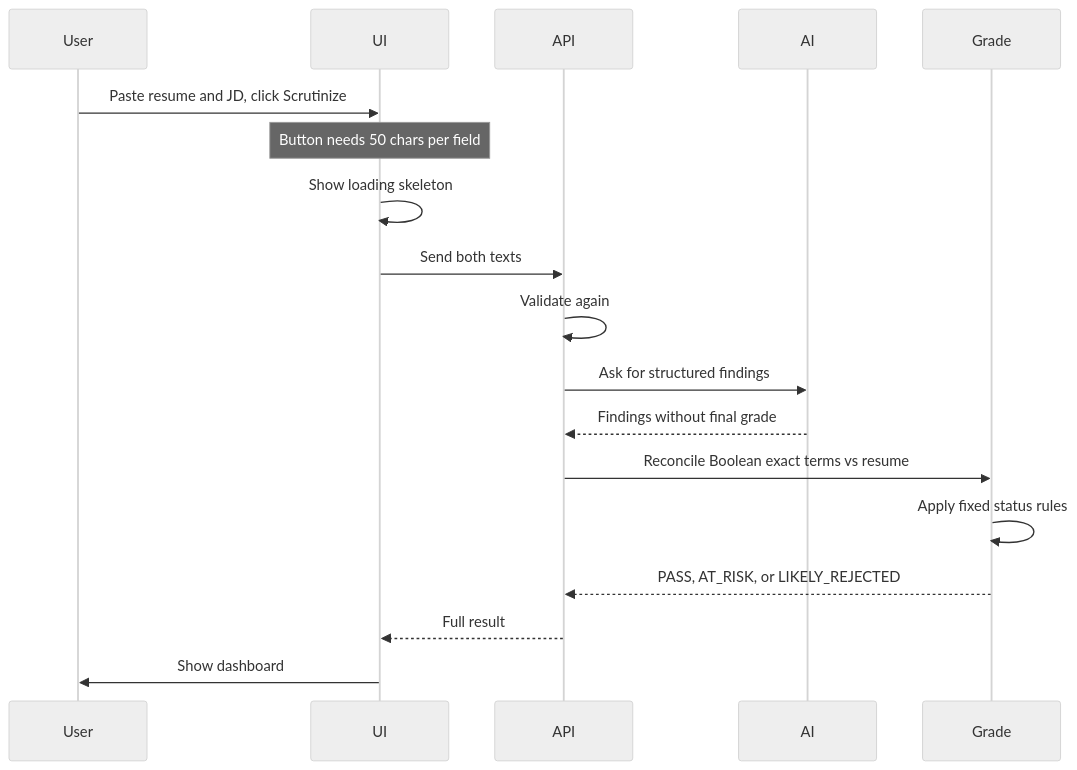
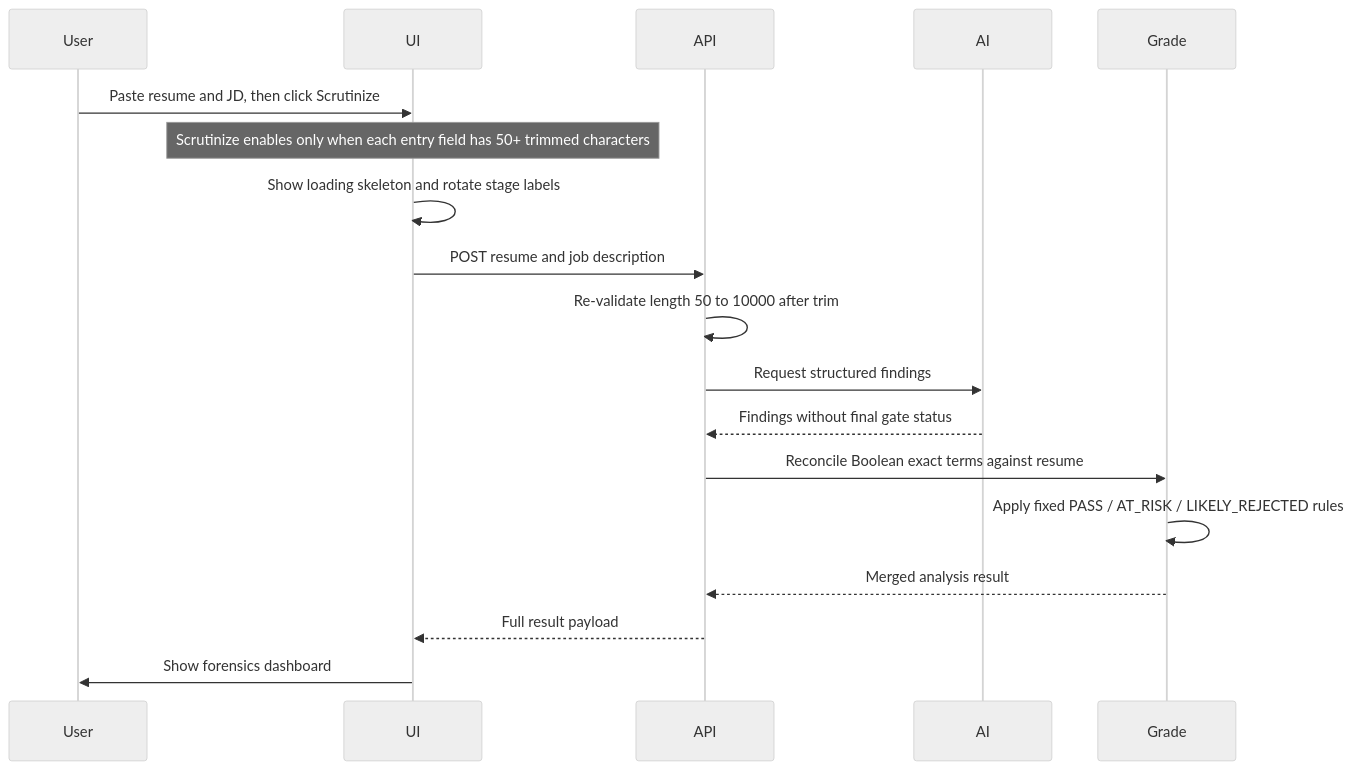
Before and after one commit to mstvn0/cvscrutineer: the fourth of 8 diagrams in spec.md, drawn with Mermaid (neutral theme). The commit also changed other lines of this file and 3 other files, not shown here.

Commit message:
docs: align diagrams and PASS wording with server grading

````diff
--- a/spec.md
+++ b/spec.md
@@ -152,21 +156,21 @@
 ```mermaid
 sequenceDiagram
   participant User
   participant UI
   participant API
   participant AI
   participant Grade
 
-  User->>UI: Paste resume and JD, click Scrutinize
-  Note over UI: Button needs 50 chars per field
-  UI->>UI: Show loading skeleton
-  UI->>API: Send both texts
-  API->>API: Validate again
-  API->>AI: Ask for structured findings
-  AI-->>API: Findings without final grade
-  API->>Grade: Reconcile Boolean exact terms vs resume
-  Grade->>Grade: Apply fixed status rules
-  Grade-->>API: PASS, AT_RISK, or LIKELY_REJECTED
-  API-->>UI: Full result
-  UI->>User: Show dashboard
+  User->>UI: Paste resume and JD, then click Scrutinize
+  Note over UI: Scrutinize enables only when each entry field has 50+ trimmed characters
+  UI->>UI: Show loading skeleton and rotate stage labels
+  UI->>API: POST resume and job description
+  API->>API: Re-validate length 50 to 10000 after trim
+  API->>AI: Request structured findings
+  AI-->>API: Findings without final gate status
+  API->>Grade: Reconcile Boolean exact terms against resume
+  Grade->>Grade: Apply fixed PASS / AT_RISK / LIKELY_REJECTED rules
+  Grade-->>API: Merged analysis result
+  API-->>UI: Full result payload
+  UI->>User: Show forensics dashboard
 ```
````
